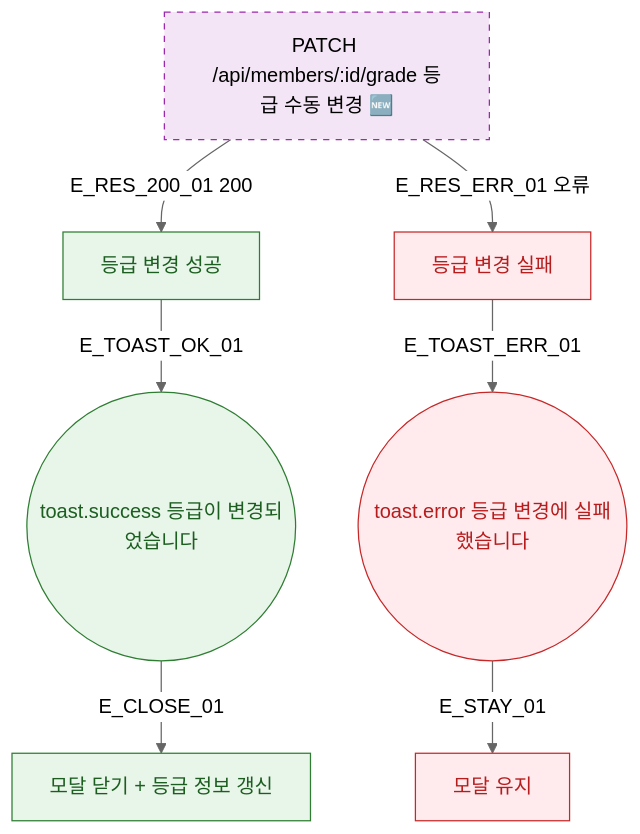
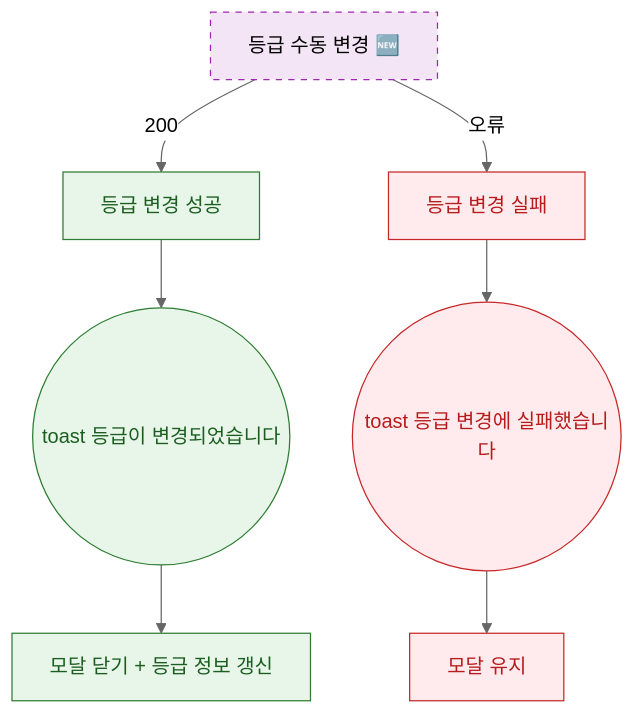
Before and after one commit to dev-spogym/admin-pando: the diagram in docs/다이어그램/D02_회원관리/DLG/DLG-M030_등급변경/M3_결과분기.md, drawn with Mermaid (neutral theme). The commit also changed other lines of this file and 1660 other files, not shown here.

First line of the commit message:
다이어그램: 기획자/클라이언트 납품본으로 정리

````diff
--- a/docs/다이어그램/D02_회원관리/DLG/DLG-M030_등급변경/M3_결과분기.md
+++ b/docs/다이어그램/D02_회원관리/DLG/DLG-M030_등급변경/M3_결과분기.md
@@ -22,21 +20,21 @@
 ```mermaid
 flowchart TD
-  API[PATCH /api/members/:id/grade 등급 수동 변경 🆕]
+  API[등급 수동 변경 🆕]
 
-  API -->|E_RES_200_01 200| SUCCESS[등급 변경 성공]
-  API -->|E_RES_ERR_01 오류| FAIL[등급 변경 실패]
+  API -->|200|SUCCESS[등급 변경 성공]
+  API -->|오류|FAIL[등급 변경 실패]
 
-  SUCCESS -->|E_TOAST_OK_01| TOAST_OK((toast.success 등급이 변경되었습니다))
-  TOAST_OK -->|E_CLOSE_01| CLOSE[모달 닫기 + 등급 정보 갱신]
+  SUCCESS --> TOAST_OK((toast 등급이 변경되었습니다))
+  TOAST_OK --> CLOSE[모달 닫기 + 등급 정보 갱신]
 
-  FAIL -->|E_TOAST_ERR_01| TOAST_ERR((toast.error 등급 변경에 실패했습니다))
-  TOAST_ERR -->|E_STAY_01| MODAL_STAY[모달 유지]
+  FAIL --> TOAST_ERR((toast 등급 변경에 실패했습니다))
+  TOAST_ERR --> MODAL_STAY[모달 유지]
 
   classDef newFeature fill:#F3E5F5,stroke:#9C27B0,stroke-dasharray:5 5
-  classDef success    fill:#E8F5E9,stroke:#2E7D32,color:#1B5E20
-  classDef error      fill:#FFEBEE,stroke:#C62828,color:#B71C1C
+  classDef success fill:#E8F5E9,stroke:#2E7D32,color:#1B5E20
+  classDef error fill:#FFEBEE,stroke:#C62828,color:#B71C1C
 
   class API newFeature
   class SUCCESS,TOAST_OK,CLOSE success
   class FAIL,TOAST_ERR,MODAL_STAY error
 ```
````
